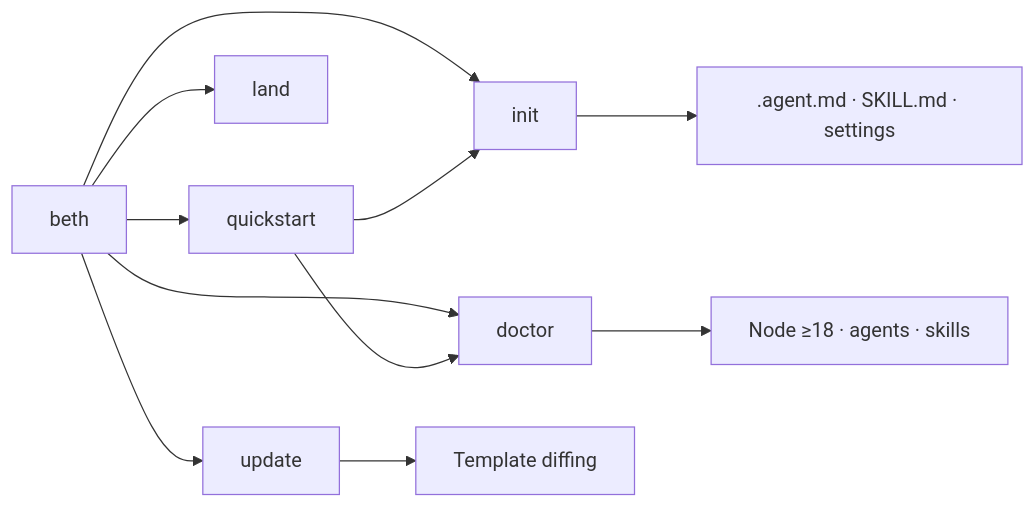
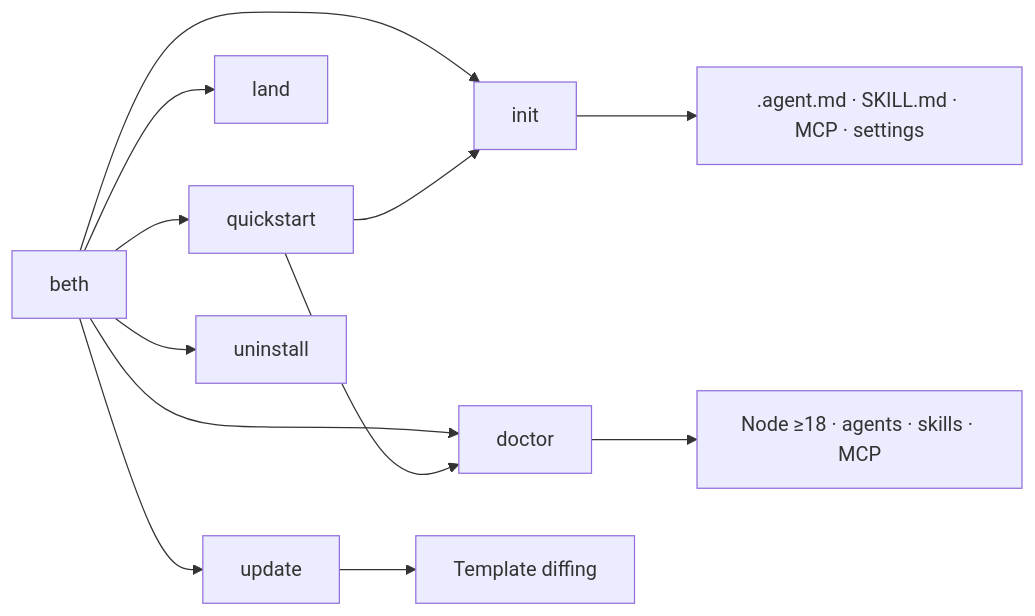
Before and after one commit to shyamsridhar123/ATV-AgentSkillsDemo: the fifth of 7 diagrams in README.md, drawn with Mermaid. The commit also changed other lines of this file and 1 other file, not shown here.

Commit message:
beth-47: Update README for v2.1.0 — remove test counts, add uninstall/MCP/prefix features (#92)

````diff
--- a/README.md
+++ b/README.md
@@ -330,12 +329,13 @@
 ```mermaid
 flowchart LR
     CLI["beth"] --> Init["init"]
     CLI --> Doctor["doctor"]
     CLI --> QS["quickstart"]
     CLI --> Land["land"]
     CLI --> Update["update"]
-    Init --> Templates[".agent.md · SKILL.md · settings"]
-    Doctor --> Checks["Node ≥18 · agents · skills"]
+    CLI --> Uninstall["uninstall"]
+    Init --> Templates[".agent.md · SKILL.md · MCP · settings"]
+    Doctor --> Checks["Node ≥18 · agents · skills · MCP"]
     QS --> Init & Doctor
     Update --> Diff["Template diffing"]
 ```
````
